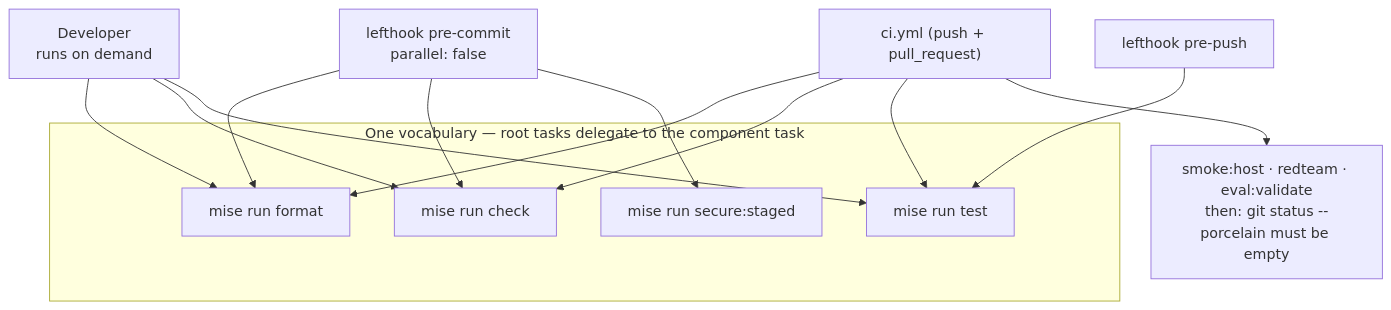
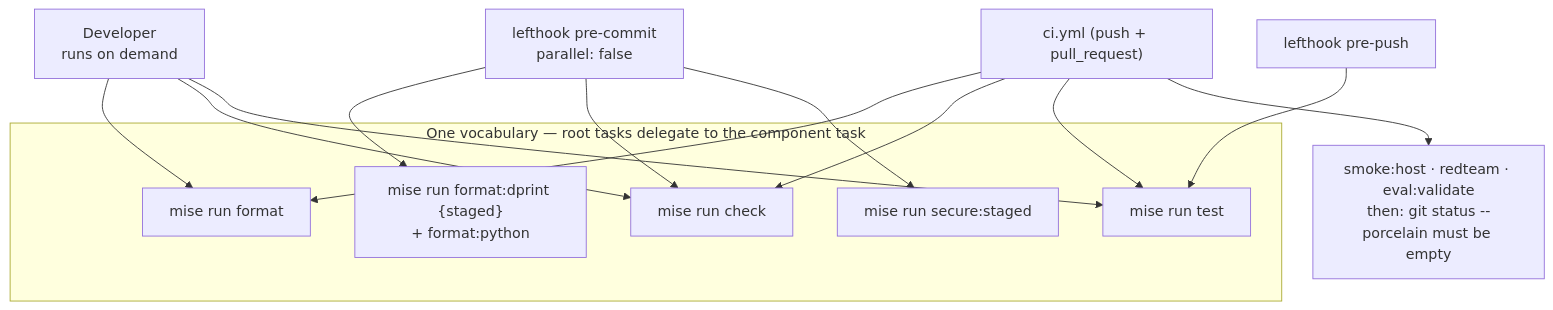
The second of 2 diagrams in docs/4. Quality/4.1. Linting.md (MLOps-Courses/agentops-open-course), drawn with Mermaid before and after one commit. The commit also changed 26 other files, not shown here.

First line of the commit message:
docs(course): fix reference drift and add targeted diagrams and checkpoints

````diff
--- a/docs/4. Quality/4.1. Linting.md
+++ b/docs/4. Quality/4.1. Linting.md
@@ -130,24 +130,25 @@
 ```mermaid
 flowchart TD
     subgraph vocab["One vocabulary — root tasks delegate to the component task"]
         FMT["mise run format"]
+        FMTC["mise run format:dprint {staged}<br/>+ format:python"]
         CHK["mise run check"]
         TST["mise run test"]
         SEC["mise run secure:staged"]
     end
 
     DEV["Developer<br/>runs on demand"] --> FMT
     DEV --> CHK
     DEV --> TST
 
-    PC["lefthook pre-commit<br/>parallel: false"] --> FMT
+    PC["lefthook pre-commit<br/>parallel: false"] --> FMTC
     PC --> CHK
     PC --> SEC
 
     PP["lefthook pre-push"] --> TST
 
     CI["ci.yml (push + pull_request)"] --> FMT
     CI --> CHK
     CI --> TST
     CI --> EXTRA["smoke:host · redteam · eval:validate<br/>then: git status --porcelain must be empty"]
 ```
````
